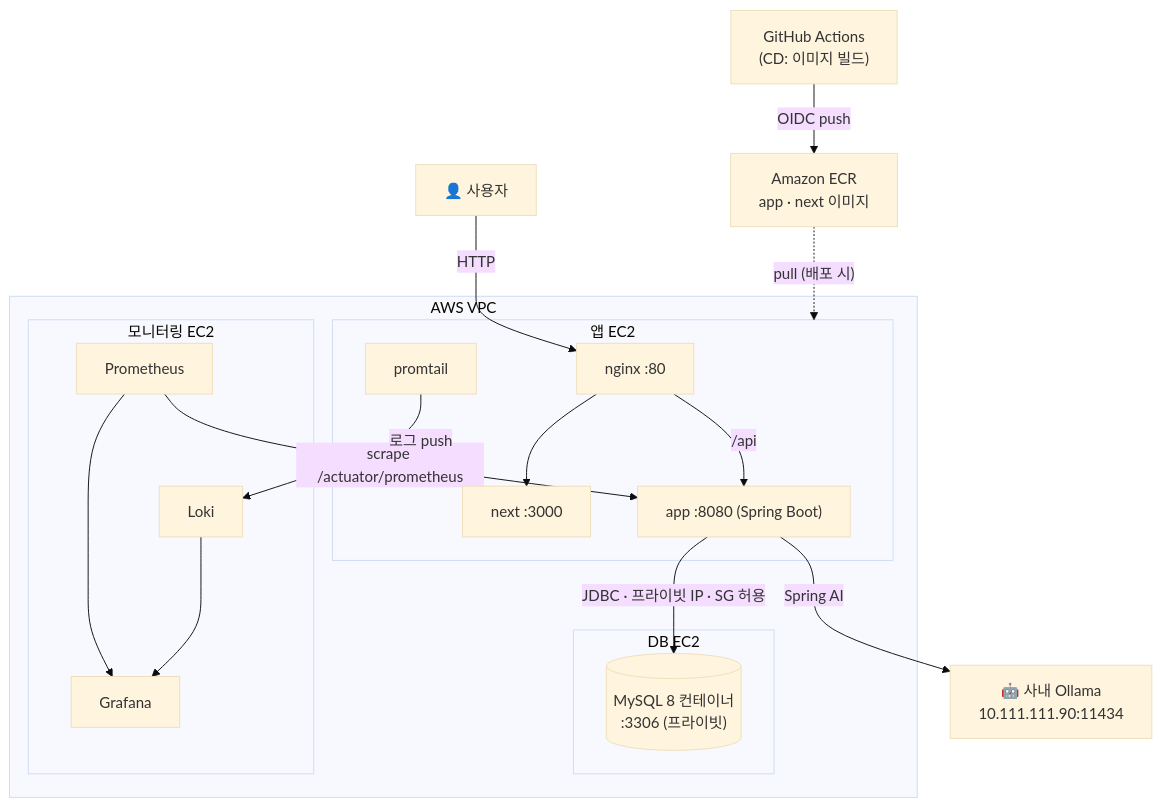
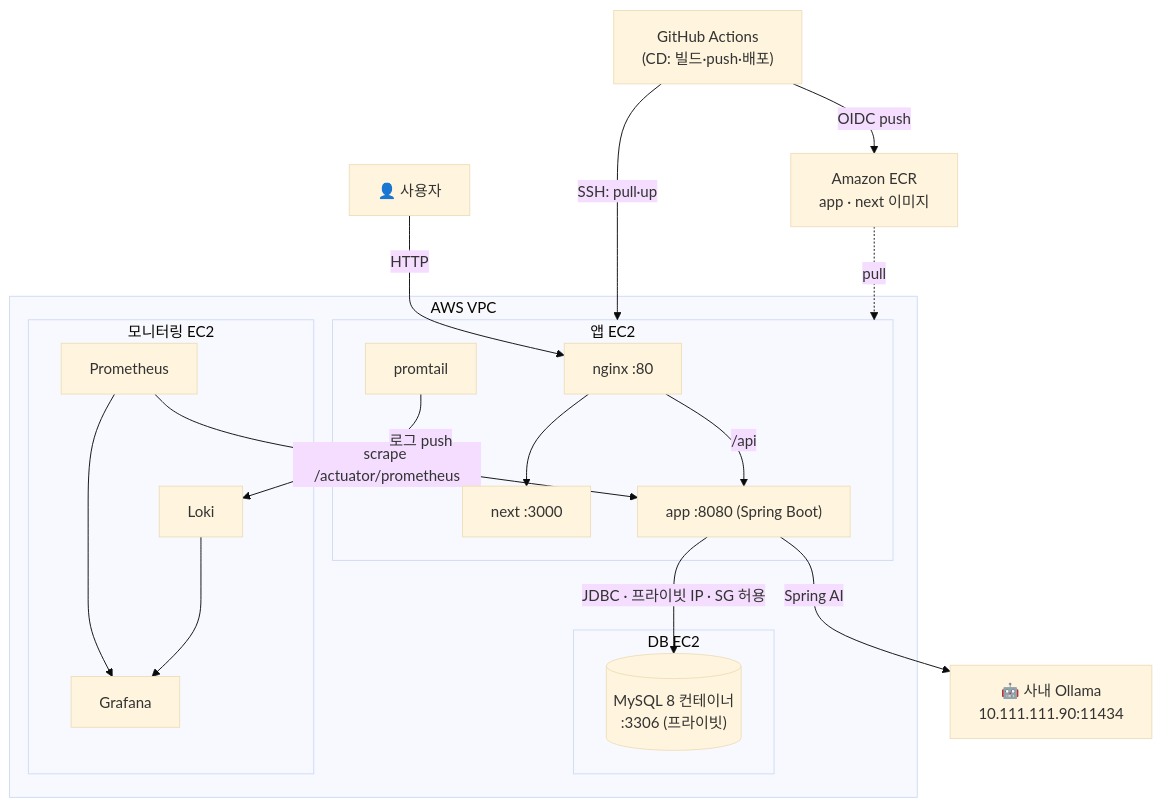
Before and after one commit to prgrms-be-devcourse/NBE10-12-2-Team7: the diagram in docs/architecture/05-deployment.md, drawn with Mermaid (base theme). The commit also changed other lines of this file and 4 other files, not shown here.

````diff
--- a/docs/architecture/05-deployment.md
+++ b/docs/architecture/05-deployment.md
@@ -7,36 +7,37 @@
 ```mermaid
 graph TB
     user["👤 사용자"]
-    gha["GitHub Actions<br/>(CD: 이미지 빌드)"]
+    gha["GitHub Actions<br/>(CD: 빌드·push·배포)"]
     ecr["Amazon ECR<br/>app · next 이미지"]
     ollama["🤖 사내 Ollama<br/>10.111.111.90:11434"]
 
     subgraph vpc["AWS VPC"]
         subgraph appec2["앱 EC2"]
             nginx["nginx :80"]
             next["next :3000"]
             app["app :8080 (Spring Boot)"]
             promtail1["promtail"]
         end
         subgraph dbec2["DB EC2"]
             mysql[("MySQL 8 컨테이너<br/>:3306 (프라이빗)")]
         end
         subgraph monec2["모니터링 EC2"]
             prom["Prometheus"]
             loki["Loki"]
             grafana["Grafana"]
         end
     end
 
     user -->|"HTTP"| nginx
     nginx --> next
     nginx -->|"/api"| app
     app -->|"JDBC · 프라이빗 IP · SG 허용"| mysql
     app -->|"Spring AI"| ollama
     gha -->|"OIDC push"| ecr
-    ecr -.->|"pull (배포 시)"| appec2
+    gha -->|"SSH: pull·up"| appec2
+    ecr -.->|"pull"| appec2
     prom -->|"scrape /actuator/prometheus"| app
     promtail1 -->|"로그 push"| loki
     prom --> grafana
     loki --> grafana
 ```
````
